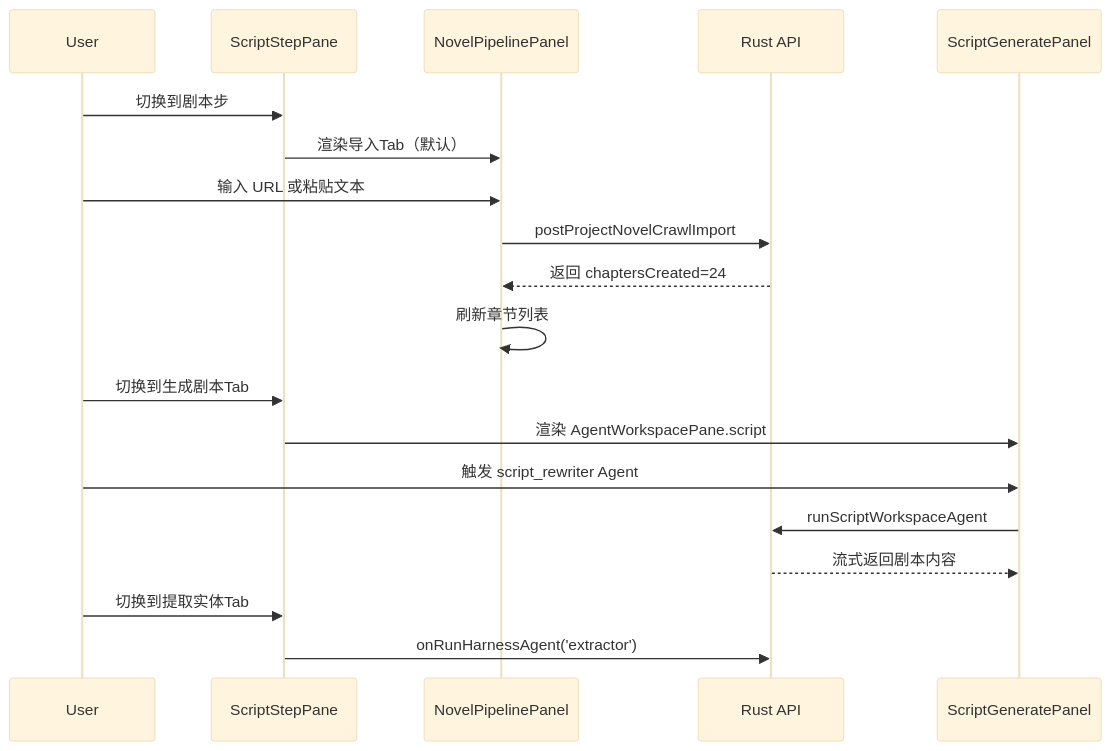
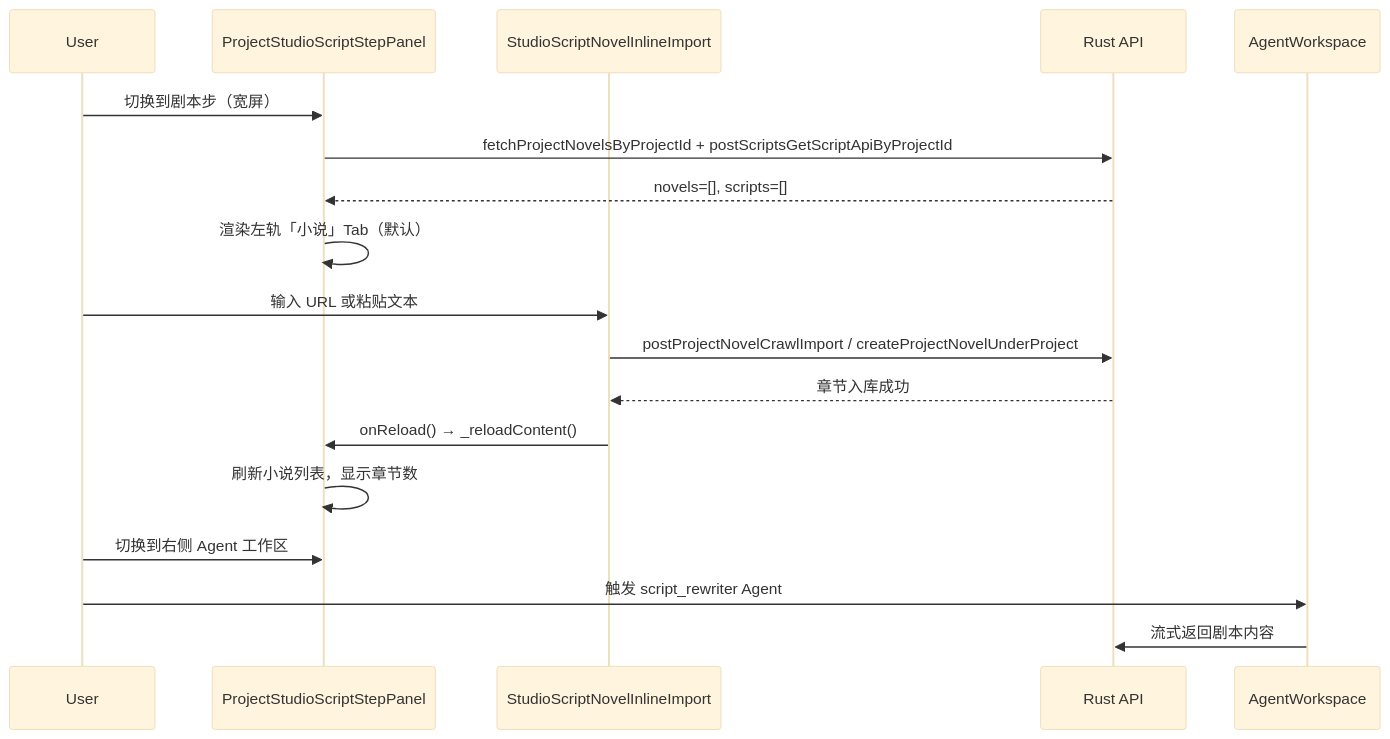
One commit to hebingbing123/Toonflow-app changed the fourth of 5 diagrams in .kiro/specs/studio-script-step-redesign/design.md. Above: the diagram before and after it, drawn with Mermaid (base theme). The commit also changed other lines of this file and 44 other files, not shown here.

````diff
--- a/.kiro/specs/studio-script-step-redesign/design.md
+++ b/.kiro/specs/studio-script-step-redesign/design.md
@@ -239,22 +193,21 @@
 ```mermaid
 sequenceDiagram
     participant User
-    participant ScriptPane as ScriptStepPane
-    participant NovelPanel as NovelPipelinePanel
+    participant Panel as ProjectStudioScriptStepPanel
+    participant Inline as StudioScriptNovelInlineImport
     participant API as Rust API
-    participant AgentPane as ScriptGeneratePanel
+    participant Agent as AgentWorkspace
 
-    User->>ScriptPane: 切换到剧本步
-    ScriptPane->>NovelPanel: 渲染导入Tab（默认）
-    User->>NovelPanel: 输入 URL 或粘贴文本
-    NovelPanel->>API: postProjectNovelCrawlImport
-    API-->>NovelPanel: 返回 chaptersCreated=24
-    NovelPanel->>NovelPanel: 刷新章节列表
-    User->>ScriptPane: 切换到生成剧本Tab
-    ScriptPane->>AgentPane: 渲染 AgentWorkspacePane.script
-    User->>AgentPane: 触发 script_rewriter Agent
-    AgentPane->>API: runScriptWorkspaceAgent
-    API-->>AgentPane: 流式返回剧本内容
-    User->>ScriptPane: 切换到提取实体Tab
-    ScriptPane->>API: onRunHarnessAgent('extractor')
+    User->>Panel: 切换到剧本步（宽屏）
+    Panel->>API: fetchProjectNovelsByProjectId + postScriptsGetScriptApiByProjectId
+    API-->>Panel: novels=[], scripts=[]
+    Panel->>Panel: 渲染左轨「小说」Tab（默认）
+    User->>Inline: 输入 URL 或粘贴文本
+    Inline->>API: postProjectNovelCrawlImport / createProjectNovelUnderProject
+    API-->>Inline: 章节入库成功
+    Inline->>Panel: onReload() → _reloadContent()
+    Panel->>Panel: 刷新小说列表，显示章节数
+    User->>Panel: 切换到右侧 Agent 工作区
+    User->>Agent: 触发 script_rewriter Agent
+    Agent->>API: 流式返回剧本内容
 ```
````
